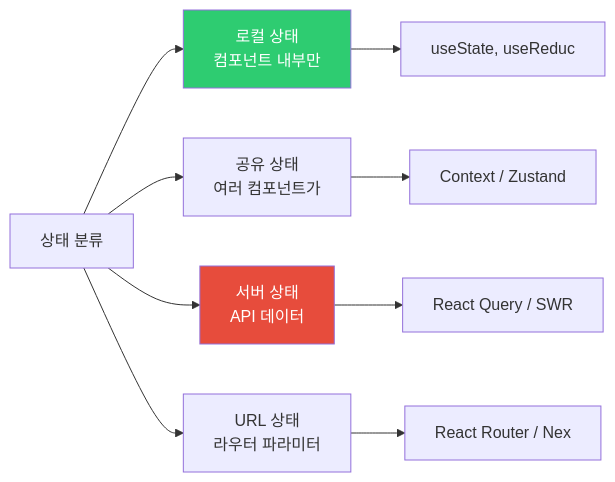
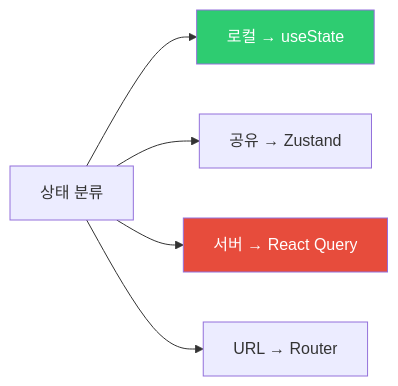
The fourth of 7 diagrams in _posts/frontend/2026-05-02-frontend-architecture.md (yjkim2015/yjkim2015.github.io), drawn with Mermaid before and after one commit. The commit also changed other lines of this file and 163 other files, not shown here.

First line of the commit message:
Mermaid 300개 블록 내용 축소: 5노드 5엣지 이하, 의미 있는 약어

````diff
--- a/_posts/frontend/2026-05-02-frontend-architecture.md
+++ b/_posts/frontend/2026-05-02-frontend-architecture.md
@@ -179,13 +179,9 @@
 ```mermaid
 graph LR
-    STATE["상태 분류"] --> LOCAL["로컬 상태<br>컴포넌트 내부만"]
-    STATE --> SHARED["공유 상태<br>여러 컴포넌트가"]
-    STATE --> SERVER["서버 상태<br>API 데이터"]
-    STATE --> URL["URL 상태<br>라우터 파라미터"]
-    LOCAL --> USESTATE["useState, useReduc"]
-    SHARED --> CONTEXT["Context / Zustand"]
-    SERVER --> RQ["React Query / SWR"]
-    URL --> ROUTER["React Router / Nex"]
+    STATE["상태 분류"] --> LOCAL["로컬 → useState"]
+    STATE --> SHARED["공유 → Zustand"]
+    STATE --> SERVER["서버 → React Query"]
+    STATE --> URL["URL → Router"]
     style LOCAL fill:#2ecc71,color:#fff
     style SERVER fill:#e74c3c,color:#fff
 ```
````
